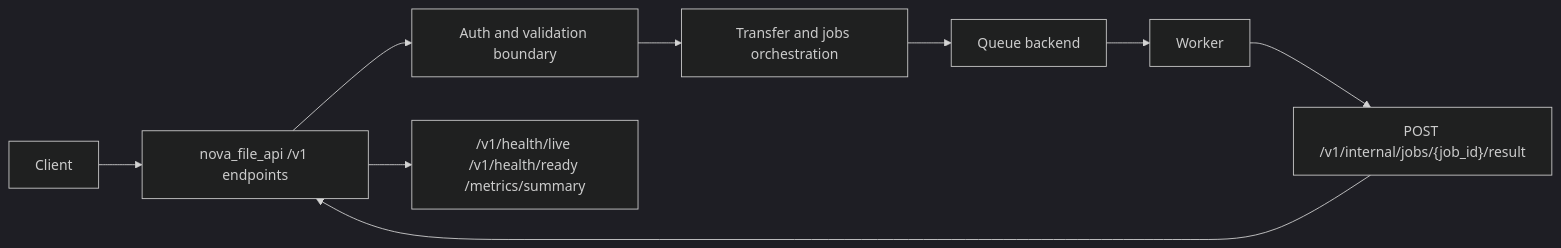
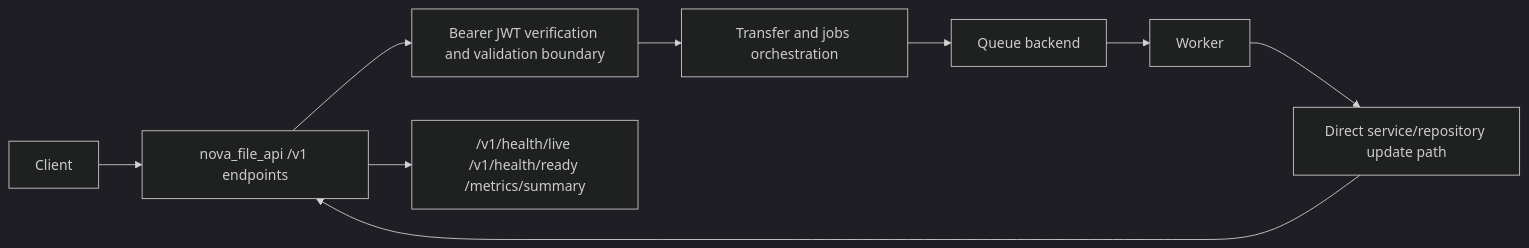
The second of 6 diagrams in docs/overview/NOVA-REPO-OVERVIEW.md (BjornMelin/nova), drawn with Mermaid (dark theme) before and after one commit. The commit also changed other lines of this file and 160 other files, not shown here.

````diff
--- a/docs/overview/NOVA-REPO-OVERVIEW.md
+++ b/docs/overview/NOVA-REPO-OVERVIEW.md
@@ -64,11 +56,11 @@
 ```mermaid
 flowchart LR
     C["Client"] --> API["nova_file_api /v1 endpoints"]
-    API --> AUTH["Auth and validation boundary"]
+    API --> AUTH["Bearer JWT verification and validation boundary"]
     AUTH --> ORCH["Transfer and jobs orchestration"]
     ORCH --> SQS["Queue backend"]
     SQS --> W["Worker"]
-    W --> CB["POST /v1/internal/jobs/{job_id}/result"]
-    CB --> API
+    W --> FILE["Direct service/repository update path"]
+    FILE --> API
     API --> OBS["/v1/health/live /v1/health/ready /metrics/summary"]
 ```
````
